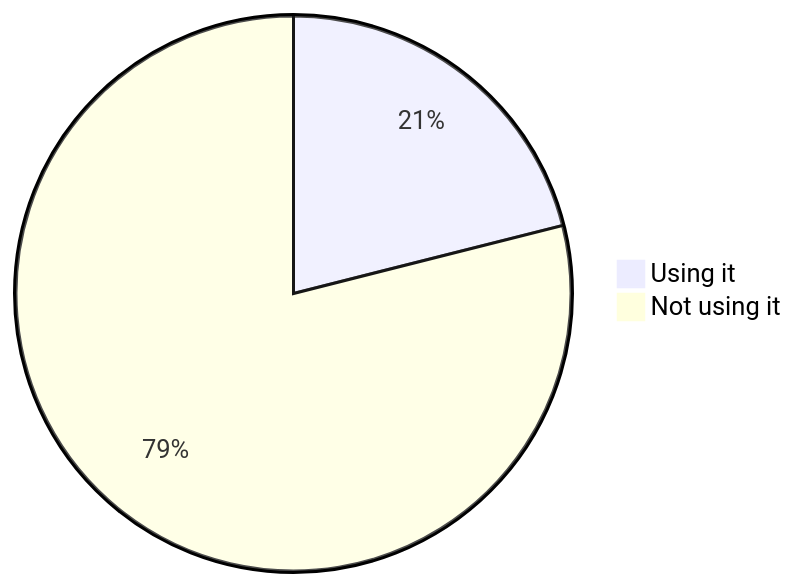
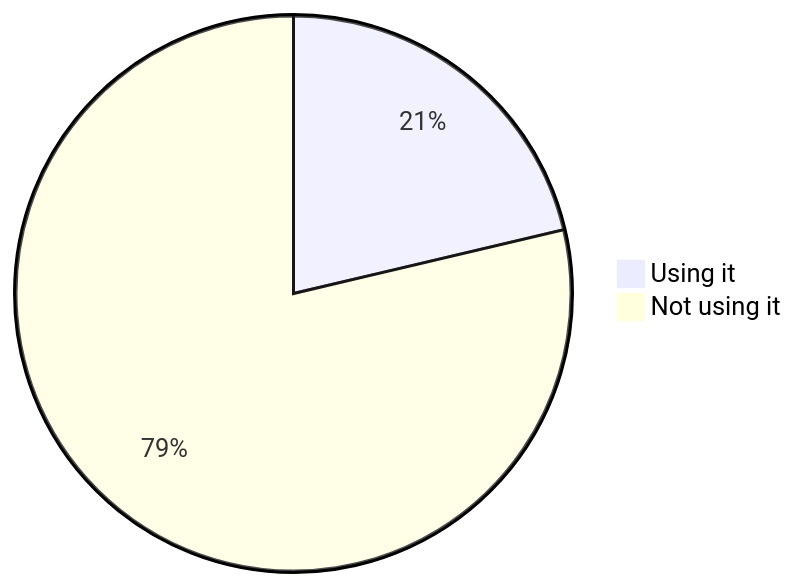
Before and after one commit to oshp/oshp-stats: diagram 13 of 22 in stats.md, drawn with Mermaid. The commit also changed other lines of this file, not shown here.

````diff
--- a/stats.md
+++ b/stats.md
@@ -154,6 +154,6 @@
 ```mermaid
 pie
-	"Using it" : 21.06
-	"Not using it" : 78.94
+	"Using it" : 21.31
+	"Not using it" : 78.69
 
 ```
````
